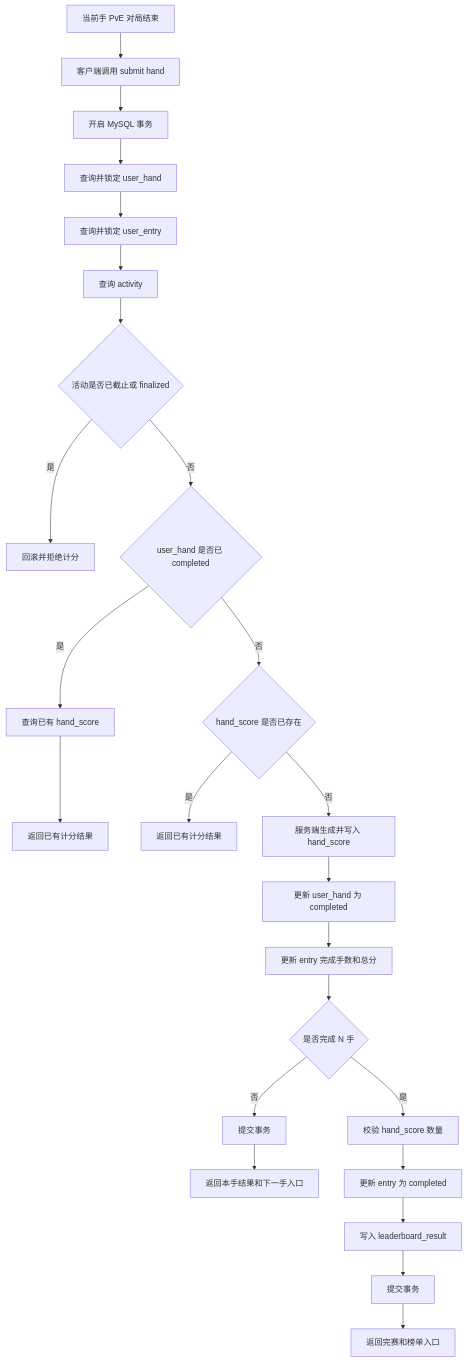
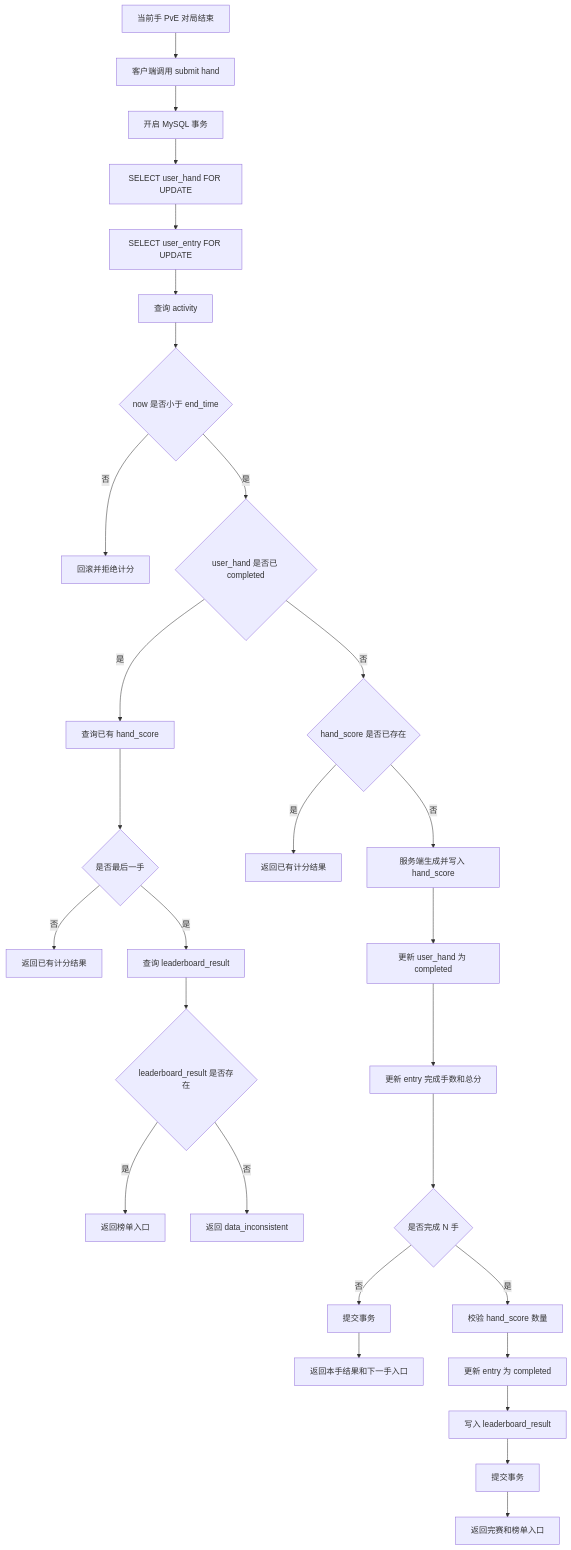
Before and after one commit to zdl20251023-pixel/agent-frame: the eighth of 9 diagrams in docs/复述扑克/评审/03-复式扑克 PvE 排名赛 7.15 研发设计文档-详细版.md, drawn with Mermaid. The commit also changed other lines of this file, not shown here.

````diff
--- a/docs/复述扑克/评审/03-复式扑克 PvE 排名赛 7.15 研发设计文档-详细版.md
+++ b/docs/复述扑克/评审/03-复式扑克 PvE 排名赛 7.15 研发设计文档-详细版.md
@@ -1422,32 +1599,37 @@
 ```mermaid
 flowchart TD
     A[当前手 PvE 对局结束] --> B[客户端调用 submit hand]
     B --> C[开启 MySQL 事务]
-    C --> D[查询并锁定 user_hand]
-    D --> E[查询并锁定 user_entry]
+    C --> D[SELECT user_hand FOR UPDATE]
+    D --> E[SELECT user_entry FOR UPDATE]
     E --> F[查询 activity]
 
-    F --> G{活动是否已截止或 finalized}
-    G -- 是 --> G1[回滚并拒绝计分]
-    G -- 否 --> H{user_hand 是否已 completed}
+    F --> G{now 是否小于 end_time}
+    G -- 否 --> G1[回滚并拒绝计分]
+    G -- 是 --> H{user_hand 是否已 completed}
 
     H -- 是 --> H1[查询已有 hand_score]
-    H1 --> H2[返回已有计分结果]
+    H1 --> H2{是否最后一手}
+    H2 -- 否 --> H3[返回已有计分结果]
+    H2 -- 是 --> H4[查询 leaderboard_result]
+    H4 --> H5{leaderboard_result 是否存在}
+    H5 -- 是 --> H6[返回榜单入口]
+    H5 -- 否 --> H7[返回 data_inconsistent]
 
     H -- 否 --> I{hand_score 是否已存在}
     I -- 是 --> I1[返回已有计分结果]
     I -- 否 --> J[服务端生成并写入 hand_score]
 
     J --> K[更新 user_hand 为 completed]
     K --> L[更新 entry 完成手数和总分]
     L --> M{是否完成 N 手}
 
     M -- 否 --> N[提交事务]
     N --> N1[返回本手结果和下一手入口]
 
     M -- 是 --> O[校验 hand_score 数量]
     O --> P[更新 entry 为 completed]
     P --> Q[写入 leaderboard_result]
     Q --> R[提交事务]
     R --> S[返回完赛和榜单入口]
 ```
````
